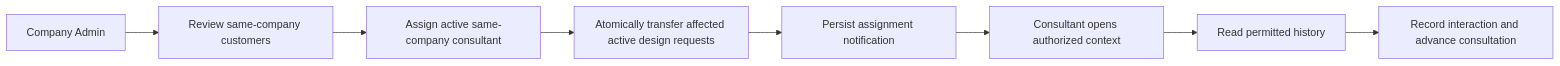
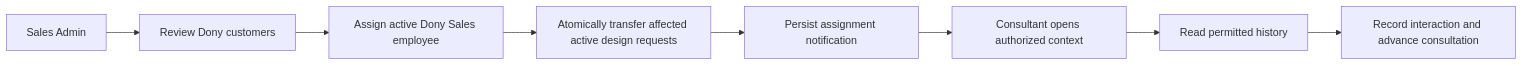
One commit to ankhanhwork/weavelink-project changed the first of 2 diagrams in specs/spec-MFG-08.md. Above: the diagram before and after it, drawn with Mermaid. The commit also changed other lines of this file and 101 other files, not shown here.

````diff
--- a/specs/spec-MFG-08.md
+++ b/specs/spec-MFG-08.md
@@ -67,10 +67,10 @@
 ```mermaid
 flowchart LR
-  Admin[Company Admin] --> Review[Review same-company customers]
-  Review --> Assign[Assign active same-company consultant]
+  Admin[Sales Admin] --> Review[Review Dony customers]
+  Review --> Assign[Assign active Dony Sales employee]
   Assign --> Transfer[Atomically transfer affected active design requests]
   Transfer --> Notify[Persist assignment notification]
   Notify --> Context[Consultant opens authorized context]
   Context --> Interactions[Read permitted history]
   Interactions --> Update[Record interaction and advance consultation]
 ```
````
